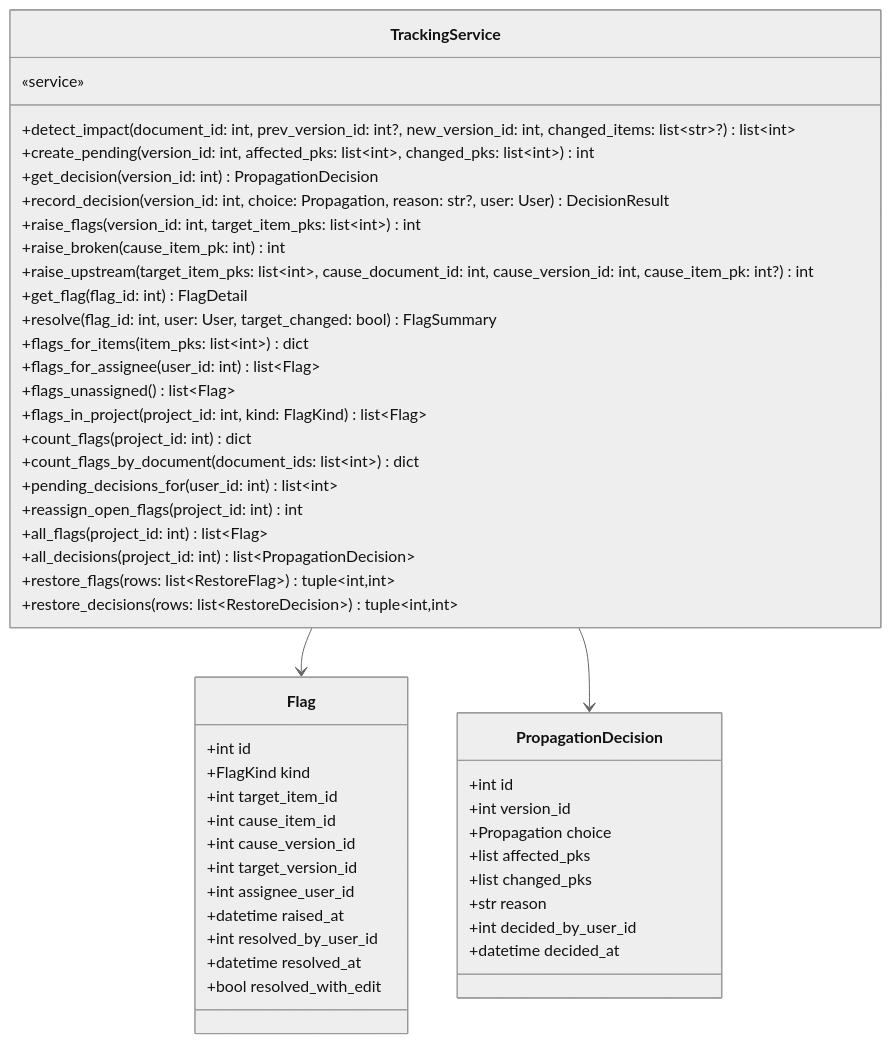
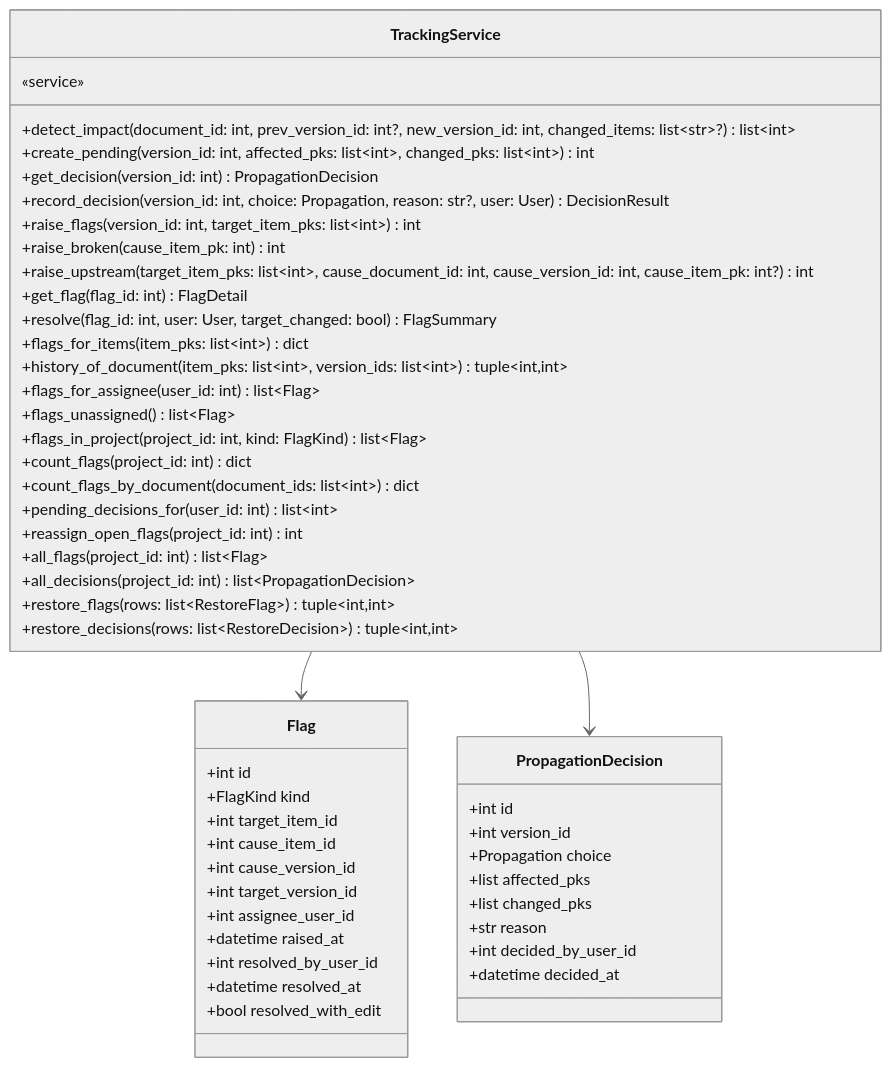
Diagram 19 of 21 in docs/specs/06-DOM/SYNC-DOM-002.md (HoyoungParkme/syncdoc), drawn with Mermaid (neutral theme) before and after one commit. The commit also changed other lines of this file and 16 other files, not shown here.

````diff
--- a/docs/specs/06-DOM/SYNC-DOM-002.md
+++ b/docs/specs/06-DOM/SYNC-DOM-002.md
@@ -776,52 +779,53 @@
 ```mermaid
 classDiagram
     class TrackingService {
         «service»
         +detect_impact(document_id: int, prev_version_id: int?, new_version_id: int, changed_items: list~str~?) list~int~
         +create_pending(version_id: int, affected_pks: list~int~, changed_pks: list~int~) int
         +get_decision(version_id: int) PropagationDecision
         +record_decision(version_id: int, choice: Propagation, reason: str?, user: User) DecisionResult
         +raise_flags(version_id: int, target_item_pks: list~int~) int
         +raise_broken(cause_item_pk: int) int
         +raise_upstream(target_item_pks: list~int~, cause_document_id: int, cause_version_id: int, cause_item_pk: int?) int
         +get_flag(flag_id: int) FlagDetail
         +resolve(flag_id: int, user: User, target_changed: bool) FlagSummary
         +flags_for_items(item_pks: list~int~) dict
+        +history_of_document(item_pks: list~int~, version_ids: list~int~) tuple~int,int~
         +flags_for_assignee(user_id: int) list~Flag~
         +flags_unassigned() list~Flag~
         +flags_in_project(project_id: int, kind: FlagKind) list~Flag~
         +count_flags(project_id: int) dict
         +count_flags_by_document(document_ids: list~int~) dict
         +pending_decisions_for(user_id: int) list~int~
         +reassign_open_flags(project_id: int) int
         +all_flags(project_id: int) list~Flag~
         +all_decisions(project_id: int) list~PropagationDecision~
         +restore_flags(rows: list~RestoreFlag~) tuple~int,int~
         +restore_decisions(rows: list~RestoreDecision~) tuple~int,int~
     }
     class Flag {
         +int id
         +FlagKind kind
         +int target_item_id
         +int cause_item_id
         +int cause_version_id
         +int target_version_id
         +int assignee_user_id
         +datetime raised_at
         +int resolved_by_user_id
         +datetime resolved_at
         +bool resolved_with_edit
     }
     class PropagationDecision {
         +int id
         +int version_id
         +Propagation choice
         +list affected_pks
         +list changed_pks
         +str reason
         +int decided_by_user_id
         +datetime decided_at
     }
     TrackingService --> Flag
     TrackingService --> PropagationDecision
 ```
````
